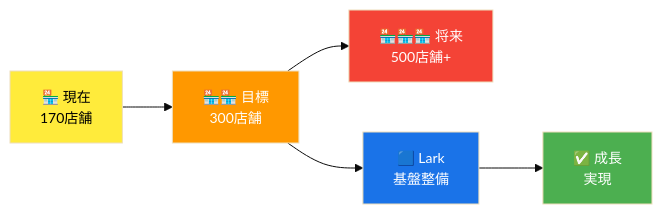
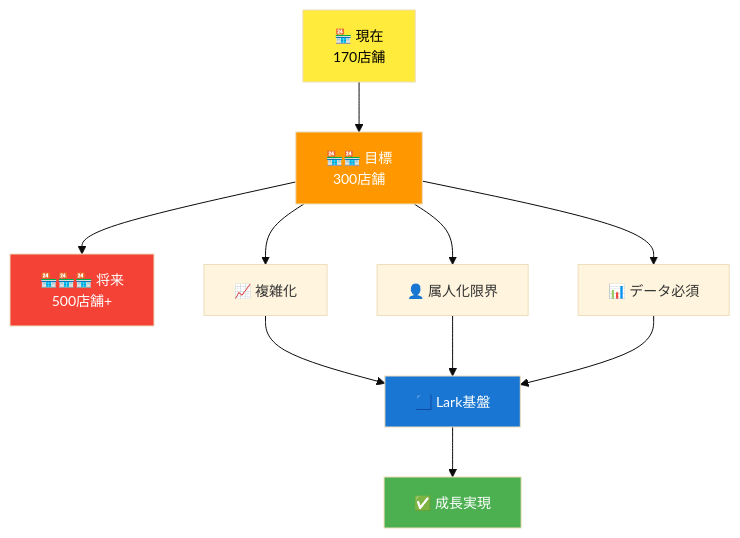
Before and after one commit to PLark-droid/lark-proposal: diagram 13 of 15 in docs/FITPLACE_LARK_PROPOSAL.md, drawn with Mermaid. The commit also changed other lines of this file, not shown here.

First line of the commit message:
docs: redesign Mermaid diagrams for A4 portrait layout

````diff
--- a/docs/FITPLACE_LARK_PROPOSAL.md
+++ b/docs/FITPLACE_LARK_PROPOSAL.md
@@ -472,18 +461,24 @@
 ```mermaid
-%%{init: {'theme': 'base', 'themeVariables': { 'fontSize': '14px'}}}%%
-flowchart LR
-    A["🏪 現在\n170店舗"]
-    B["🏪🏪 目標\n300店舗"]
-    C["🏪🏪🏪 将来\n500店舗+"]
-    D["🟦 Lark\n基盤整備"]
-    E["✅ 成長\n実現"]
+%%{init: {'theme': 'base', 'themeVariables': {'fontSize': '14px'}}}%%
+flowchart TB
+    A["🏪 現在<br/>170店舗"]
+    B["🏪🏪 目標<br/>300店舗"]
+    C["🏪🏪🏪 将来<br/>500店舗+"]
+
+    D["📈 複雑化"]
+    E["👤 属人化限界"]
+    F["📊 データ必須"]
+
+    G["🟦 Lark基盤"]
+    H["✅ 成長実現"]
 
     A --> B --> C
-    B --> D --> E
+    B --> D & E & F
+    D & E & F --> G --> H
 
     style A fill:#ffeb3b,color:#000
     style B fill:#ff9800,color:#fff
     style C fill:#f44336,color:#fff
-    style D fill:#1a73e8,color:#fff
-    style E fill:#4caf50,color:#fff
+    style G fill:#1976d2,color:#fff
+    style H fill:#4caf50,color:#fff
 ```
````
